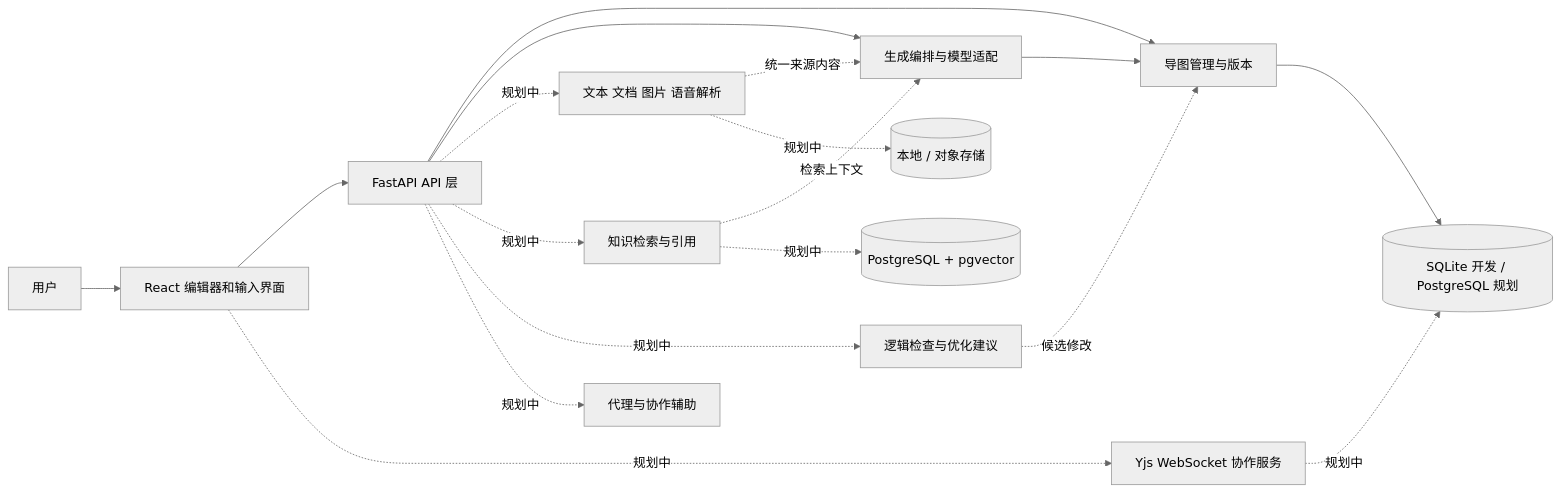
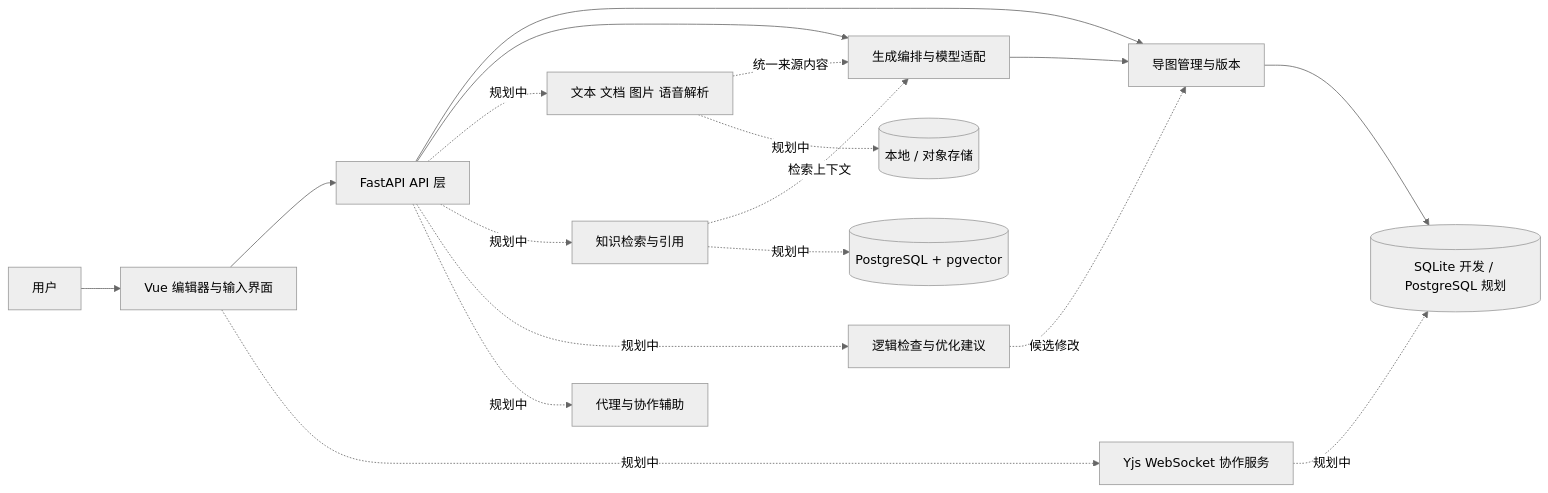
Before and after one commit to RPeGio/genai-mindmap: the diagram in docs/ARCHITECTURE.md, drawn with Mermaid (neutral theme). The commit also changed other lines of this file and 10 other files, not shown here.

````diff
--- a/docs/ARCHITECTURE.md
+++ b/docs/ARCHITECTURE.md
@@ -7,20 +7,20 @@
 ```mermaid
 flowchart LR
-  U[用户] --> UI[React 编辑器和输入界面]
+  U[用户] --> UI[Vue 编辑器与输入界面]
   UI --> API[FastAPI API 层]
   UI -. 规划中 .-> Y[Yjs WebSocket 协作服务]
   API --> MAP[导图管理与版本]
   API --> GEN[生成编排与模型适配]
   API -. 规划中 .-> INGEST[文本 文档 图片 语音解析]
   API -. 规划中 .-> RAG[知识检索与引用]
   API -. 规划中 .-> OPT[逻辑检查与优化建议]
   API -. 规划中 .-> AGENT[代理与协作辅助]
   INGEST -. 统一来源内容 .-> GEN
   RAG -. 检索上下文 .-> GEN
   GEN --> MAP
   OPT -. 候选修改 .-> MAP
   MAP --> DB[(SQLite 开发 / PostgreSQL 规划)]
   RAG -. 规划中 .-> VEC[(PostgreSQL + pgvector)]
   INGEST -. 规划中 .-> FILE[(本地 / 对象存储)]
   Y -. 规划中 .-> DB
 ```
````
